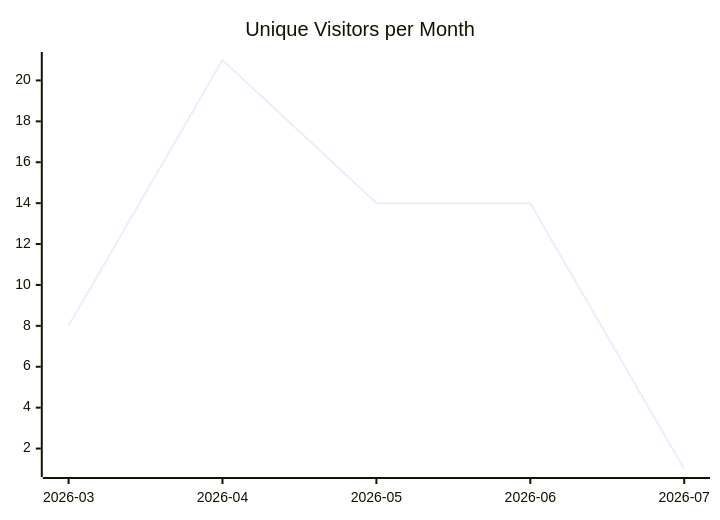
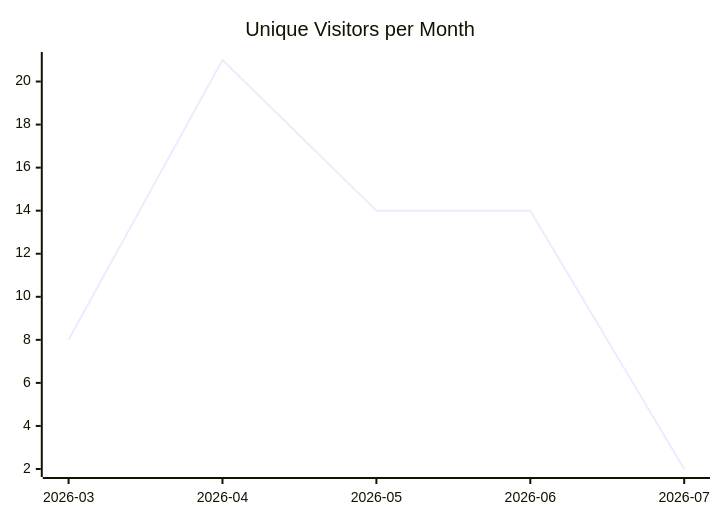
One commit to justdavis-family/github-analytics-data changed the first of 3 diagrams in karlmdavis/ksoap2-android/README.md. Above: the diagram before and after it, drawn with Mermaid. The commit also changed other lines of this file and 182 other files, not shown here.

````diff
--- a/karlmdavis/ksoap2-android/README.md
+++ b/karlmdavis/ksoap2-android/README.md
@@ -5,6 +5,6 @@
 ```mermaid
 xychart-beta
   title "Unique Visitors per Month"
   x-axis ["2026-03", "2026-04", "2026-05", "2026-06", "2026-07"]
-  line [8, 21, 14, 14, 1]
+  line [8, 21, 14, 14, 2]
 ```
````
